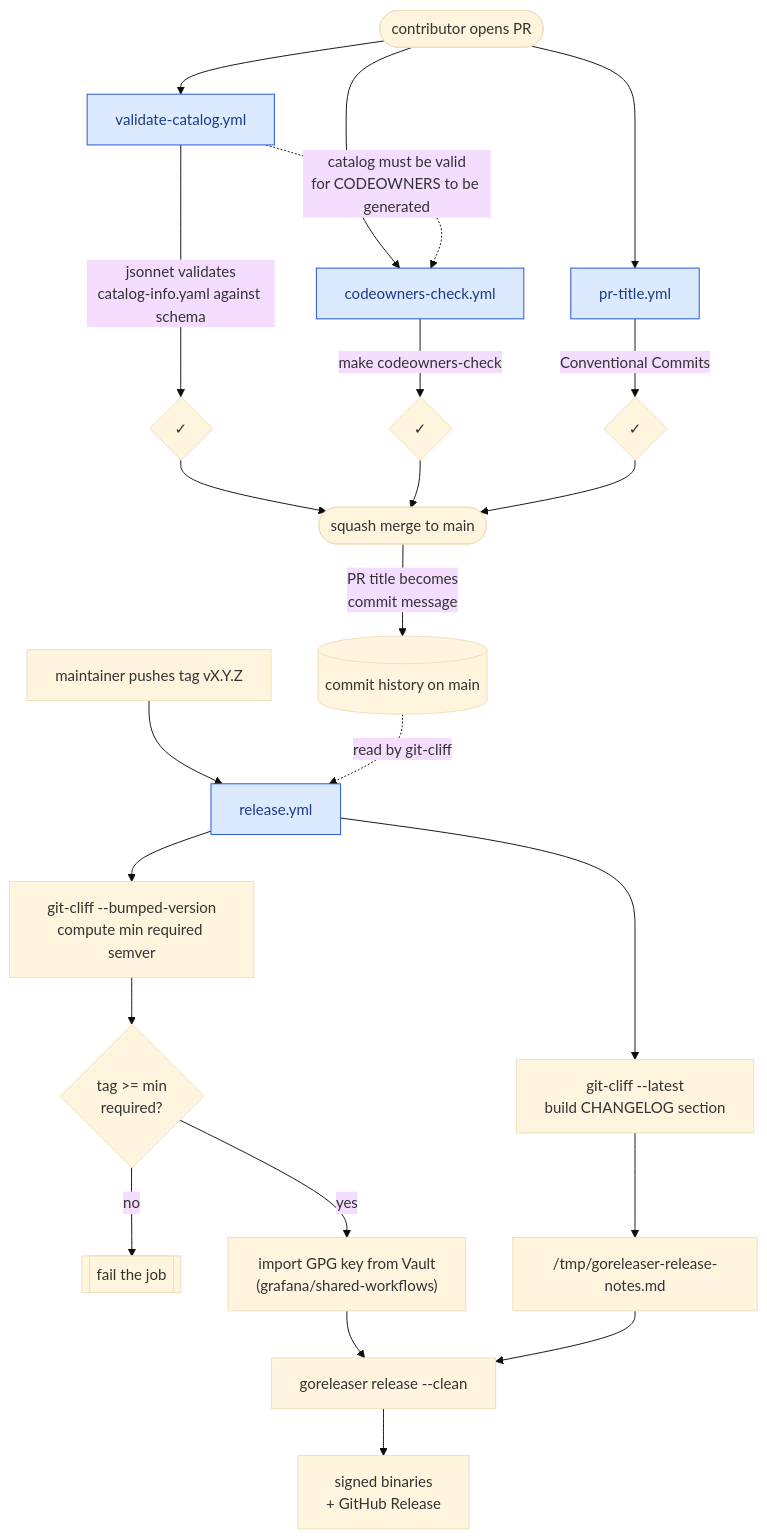
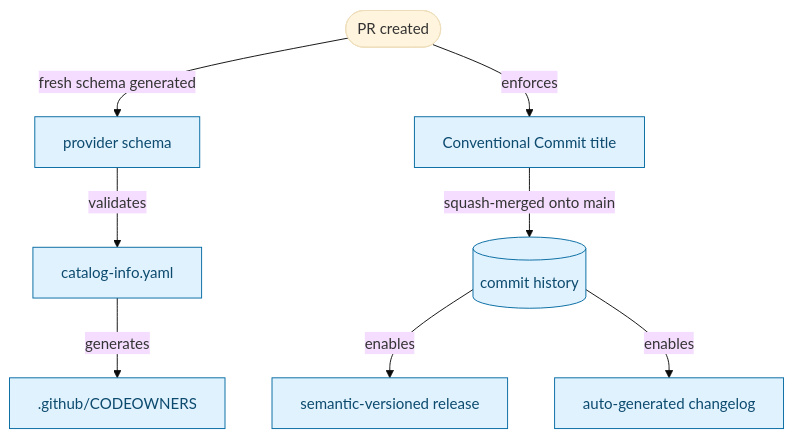
One commit to grafana/terraform-provider-grafana changed the second of 2 diagrams in .github/README.md. Above: the diagram before and after it, drawn with Mermaid (base theme). The commit also changed other lines of this file, not shown here.

First line of the commit message:
docs(github): make diagrams artifact-centric instead of workflow-centric

````diff
--- a/.github/README.md
+++ b/.github/README.md
@@ -64,33 +53,16 @@
 ```mermaid
 flowchart TD
-    prc([contributor opens PR]) --> vc[validate-catalog.yml]
-    prc --> coc[codeowners-check.yml]
-    prc --> ptl[pr-title.yml]
+    pr([PR created])
 
-    vc -.->|catalog must be valid<br/>for CODEOWNERS to be generated| coc
+    pr -->|fresh schema generated| schema_pr[provider schema]
+    schema_pr -->|validates| catalog[catalog-info.yaml]
+    catalog -->|generates| codeowners[.github/CODEOWNERS]
 
-    vc -->|jsonnet validates<br/>catalog-info.yaml against schema| ok1{✓}
-    coc -->|make codeowners-check| ok2{✓}
-    ptl -->|Conventional Commits| ok3{✓}
+    pr -->|enforces| cc[Conventional Commit title]
+    cc -->|squash-merged onto main| history[(commit history)]
+    history -->|enables| sem[semantic-versioned release]
+    history -->|enables| changelog[auto-generated changelog]
 
-    ok1 --> merge([squash merge to main])
-    ok2 --> merge
-    ok3 --> merge
-    merge -->|PR title becomes<br/>commit message| history[(commit history on main)]
-
-    tag["maintainer pushes tag vX.Y.Z"] --> rel[release.yml]
-    history -.->|read by git-cliff| rel
-
-    rel --> cliff1["git-cliff --latest<br/>build CHANGELOG section"]
-    rel --> cliff2["git-cliff --bumped-version<br/>compute min required semver"]
-    cliff2 --> gate{"tag &gt;= min<br/>required?"}
-    gate -- no --> fail[[fail the job]]
-    gate -- yes --> gpg["import GPG key from Vault<br/>(grafana/shared-workflows)"]
-    cliff1 --> notes["/tmp/goreleaser-release-notes.md"]
-    gpg --> gor[goreleaser release --clean]
-    notes --> gor
-    gor --> artifacts["signed binaries<br/>+ GitHub Release"]
-
-    classDef workflow fill:#dbeafe,stroke:#1d4ed8,color:#1e3a8a;
-    class vc,coc,ptl,rel workflow;
+    classDef artifact fill:#e0f2fe,stroke:#0369a1,color:#0c4a6e;
+    class schema_pr,catalog,codeowners,cc,history,sem,changelog artifact;
 ```
````
